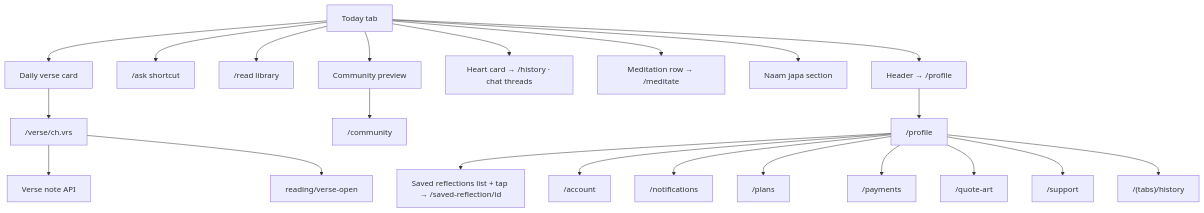
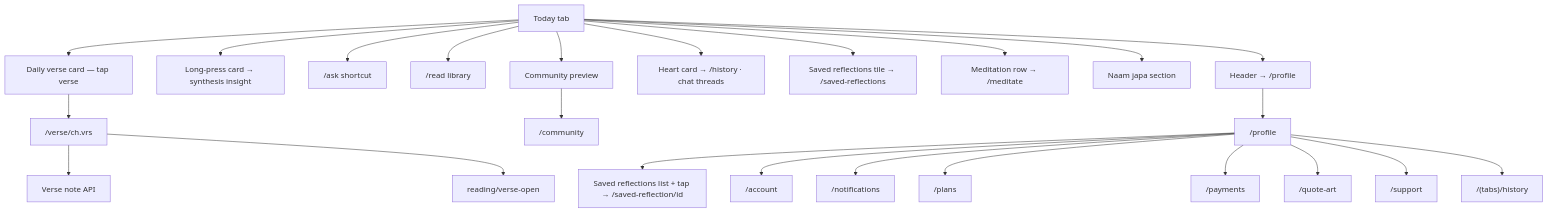
One commit to deeecoderrr/BhagwatGitaGuide changed the third of 16 diagrams in docs/USER_APP_FLOWS.md. Above: the diagram before and after it, drawn with Mermaid. The commit also changed other lines of this file and 12 other files, not shown here.

````diff
--- a/docs/USER_APP_FLOWS.md
+++ b/docs/USER_APP_FLOWS.md
@@ -66,30 +67,32 @@
 ```mermaid
 flowchart TD
   Today[Today tab]
 
-  Today --> DV[Daily verse card]
+  Today --> DV[Daily verse card — tap verse]
+  Today --> LP[Long-press card → synthesis insight]
   DV --> Verse["/verse/ch.vrs"]
   Verse --> Note[Verse note API]
   Verse --> RO[reading/verse-open]
 
   Today --> AskTab["/ask shortcut"]
   Today --> ReadTab["/read library"]
   Today --> ProfileBtn["Header → /profile"]
 
   Today --> HistShortcut["Heart card → /history · chat threads"]
+  Today --> SavedLib["Saved reflections tile → /saved-reflections"]
   Today --> MedShortcut["Meditation row → /meditate"]
 
   Today --> NH[Naam japa section]
   Today --> CH[Community preview]
   CH --> CommFull["/community"]
 
   ProfileBtn --> Profile["/profile"]
   Profile --> Saved["Saved reflections list + tap → /saved-reflection/id"]
   Profile --> Acct["/account"]
   Profile --> Notif["/notifications"]
   Profile --> Plans["/plans"]
   Profile --> PayHist["/payments"]
   Profile --> QA["/quote-art"]
   Profile --> Support["/support"]
   Profile --> HistAgain["/(tabs)/history"]
 ```
````
